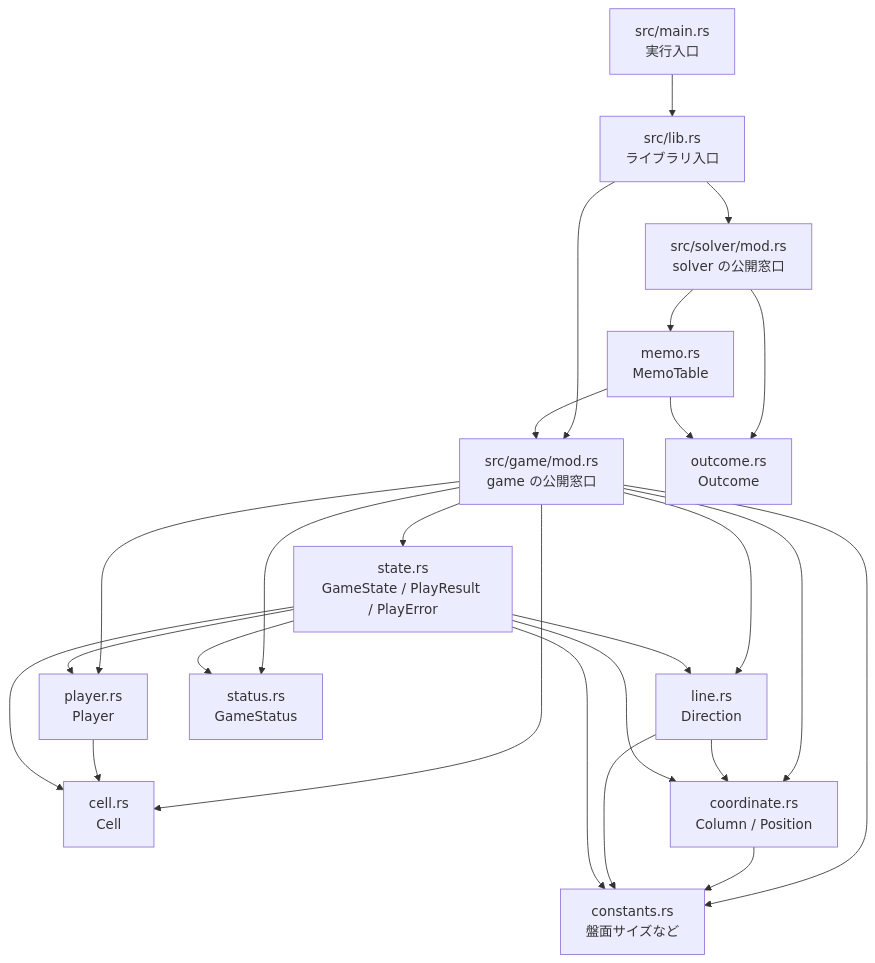
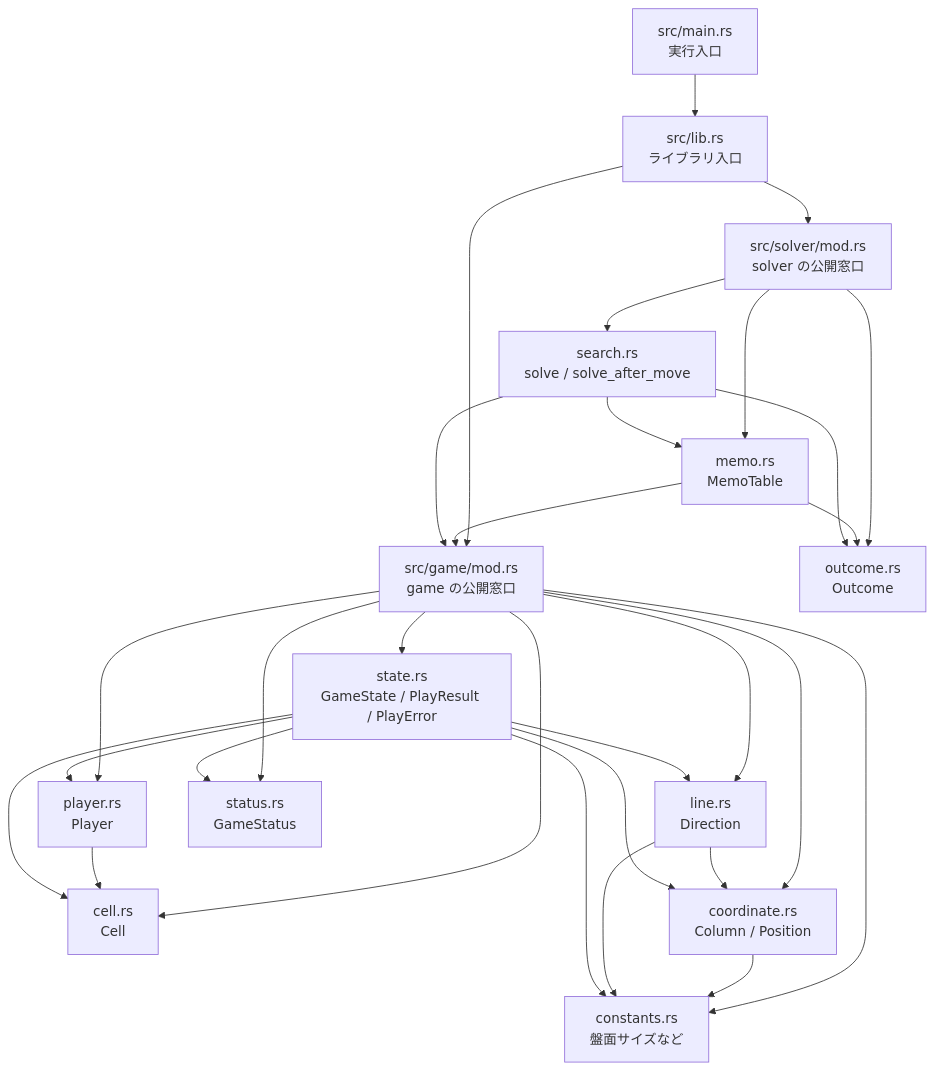
The second of 11 diagrams in docs/uml.md (keiichiro-sonoda/rittai4moku), drawn with Mermaid before and after one commit. The commit also changed other lines of this file and 6 other files, not shown here.

Commit message:
feat: Implement recursive search with solve and solve_after_move functions

````diff
--- a/docs/uml.md
+++ b/docs/uml.md
@@ -140,44 +150,49 @@
 ```mermaid
 flowchart TD
     main["src/main.rs\n実行入口"]
     lib["src/lib.rs\nライブラリ入口"]
     game["src/game/mod.rs\ngame の公開窓口"]
     solver["src/solver/mod.rs\nsolver の公開窓口"]
 
     constants["constants.rs\n盤面サイズなど"]
     cell["cell.rs\nCell"]
     player["player.rs\nPlayer"]
     coordinate["coordinate.rs\nColumn / Position"]
     line["line.rs\nDirection"]
     status["status.rs\nGameStatus"]
     state["state.rs\nGameState / PlayResult / PlayError"]
     outcome["outcome.rs\nOutcome"]
     memo["memo.rs\nMemoTable"]
+    search["search.rs\nsolve / solve_after_move"]
 
     main --> lib
     lib --> game
     lib --> solver
     game --> constants
     game --> cell
     game --> player
     game --> coordinate
     game --> line
     game --> status
     game --> state
 
     player --> cell
     coordinate --> constants
     line --> constants
     line --> coordinate
     state --> constants
     state --> cell
     state --> player
     state --> coordinate
     state --> line
     state --> status
 
     solver --> outcome
     solver --> memo
+    solver --> search
     memo --> game
     memo --> outcome
+    search --> game
+    search --> memo
+    search --> outcome
 ```
````
